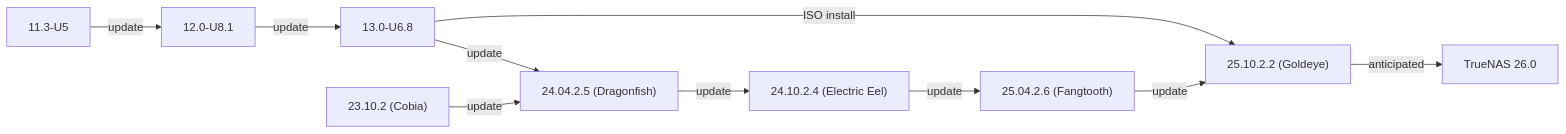
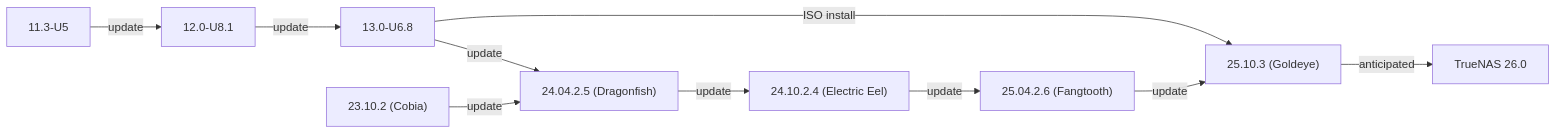
The second of 2 diagrams in static/includes/SCALEUpgradePaths.md (truenas/documentation), drawn with Mermaid before and after one commit. The commit also changed other lines of this file and 8 other files, not shown here.

```diff
--- a/static/includes/SCALEUpgradePaths.md
+++ b/static/includes/SCALEUpgradePaths.md
@@ -53,13 +53,13 @@
             {{< mermaid class="mermaid_sizing" >}}
             flowchart LR
               A["11.3-U5"] -->|update| B
               B["12.0-U8.1"] -->|update| C
               C["13.0-U6.8"] -->|ISO install| H
               C -->|update| E
               D["23.10.2 (Cobia)"] -->|update| E
               E["24.04.2.5 (Dragonfish)"]  -->|update| F
               F["24.10.2.4 (Electric Eel)"] -->|update| G
               G["25.04.2.6 (Fangtooth)"] -->|update| H
-              H["25.10.2.2 (Goldeye)"] -->|"anticipated"| I
+              H["25.10.3 (Goldeye)"] -->|"anticipated"| I
               I["TrueNAS 26.0"]
             {{< /mermaid >}}
```
